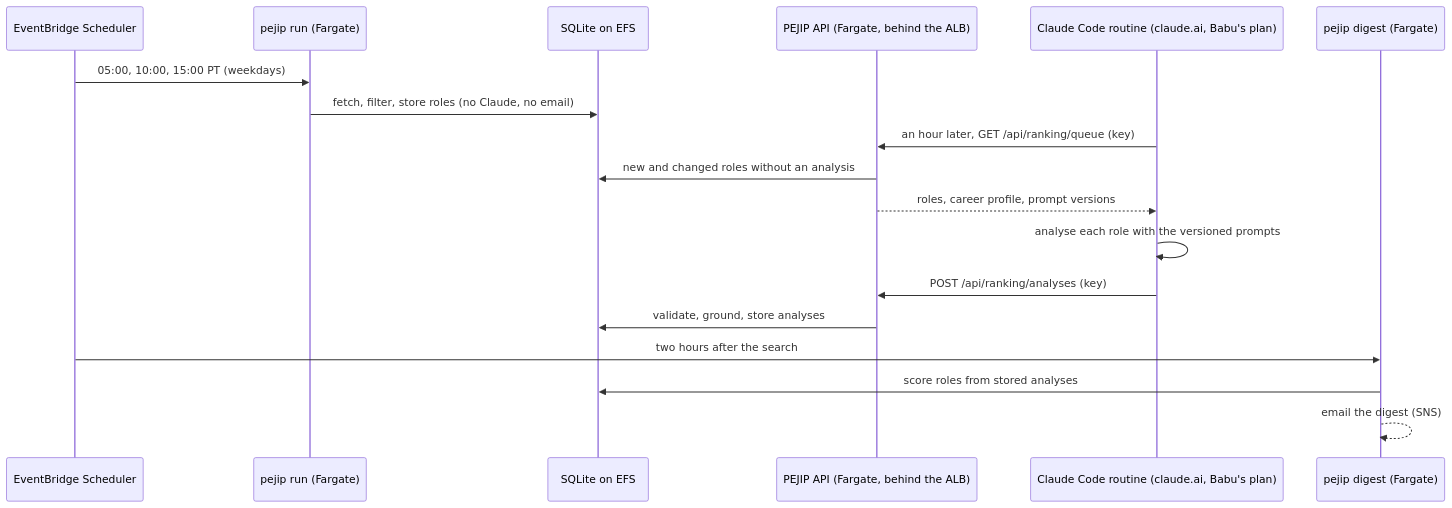
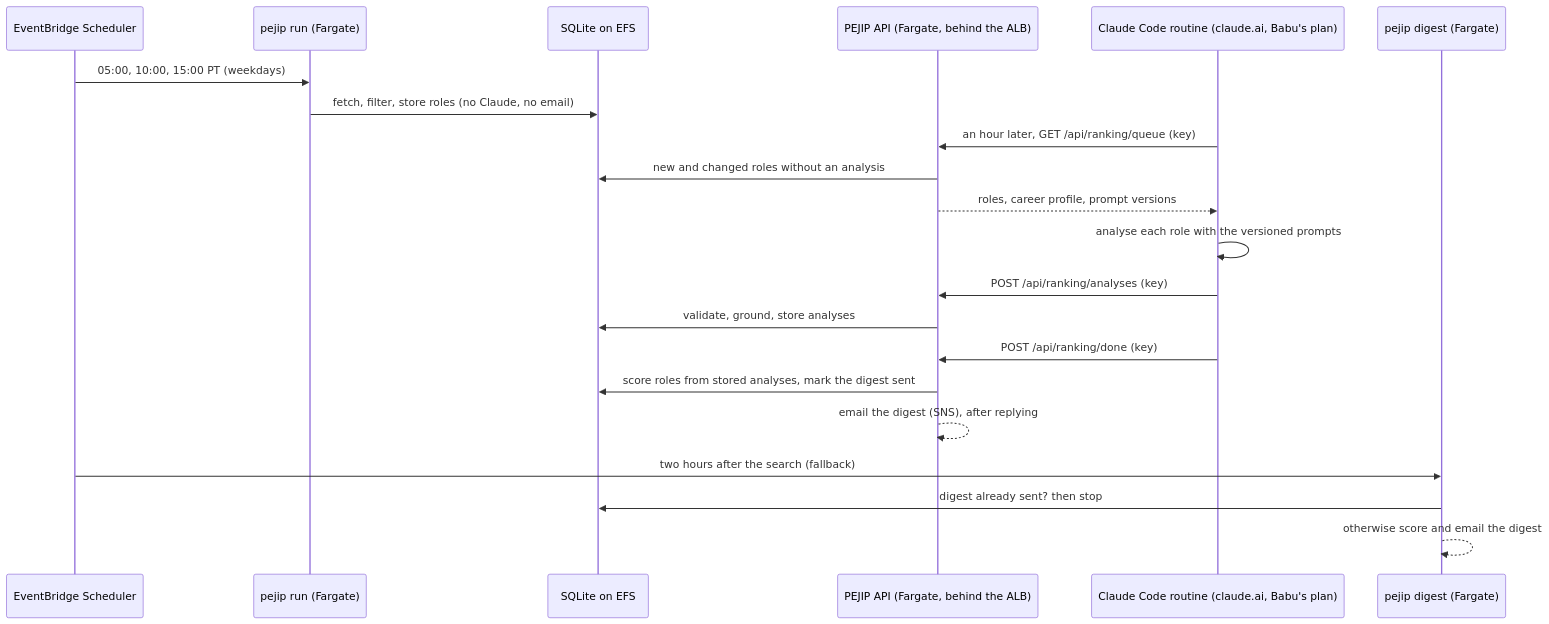
One commit to madduri-ops/PEJIP changed the diagram in docs/design/0015-ranking-routine.md. Above: the diagram before and after it, drawn with Mermaid. The commit also changed other lines of this file and 10 other files, not shown here.

First line of the commit message:
Email the digest as soon as the ranking routine finishes (#72)

````diff
--- a/docs/design/0015-ranking-routine.md
+++ b/docs/design/0015-ranking-routine.md
@@ -28,20 +28,23 @@
 ```mermaid
 sequenceDiagram
     participant S as EventBridge Scheduler
     participant R as pejip run (Fargate)
     participant DB as SQLite on EFS
     participant API as PEJIP API (Fargate, behind the ALB)
     participant C as Claude Code routine (claude.ai, Babu's plan)
     participant D as pejip digest (Fargate)
     S->>R: 05:00, 10:00, 15:00 PT (weekdays)
     R->>DB: fetch, filter, store roles (no Claude, no email)
     C->>API: an hour later, GET /api/ranking/queue (key)
     API->>DB: new and changed roles without an analysis
     API-->>C: roles, career profile, prompt versions
     C->>C: analyse each role with the versioned prompts
     C->>API: POST /api/ranking/analyses (key)
     API->>DB: validate, ground, store analyses
-    S->>D: two hours after the search
-    D->>DB: score roles from stored analyses
-    D-->>D: email the digest (SNS)
+    C->>API: POST /api/ranking/done (key)
+    API->>DB: score roles from stored analyses, mark the digest sent
+    API-->>API: email the digest (SNS), after replying
+    S->>D: two hours after the search (fallback)
+    D->>DB: digest already sent? then stop
+    D-->>D: otherwise score and email the digest
 ```
````
